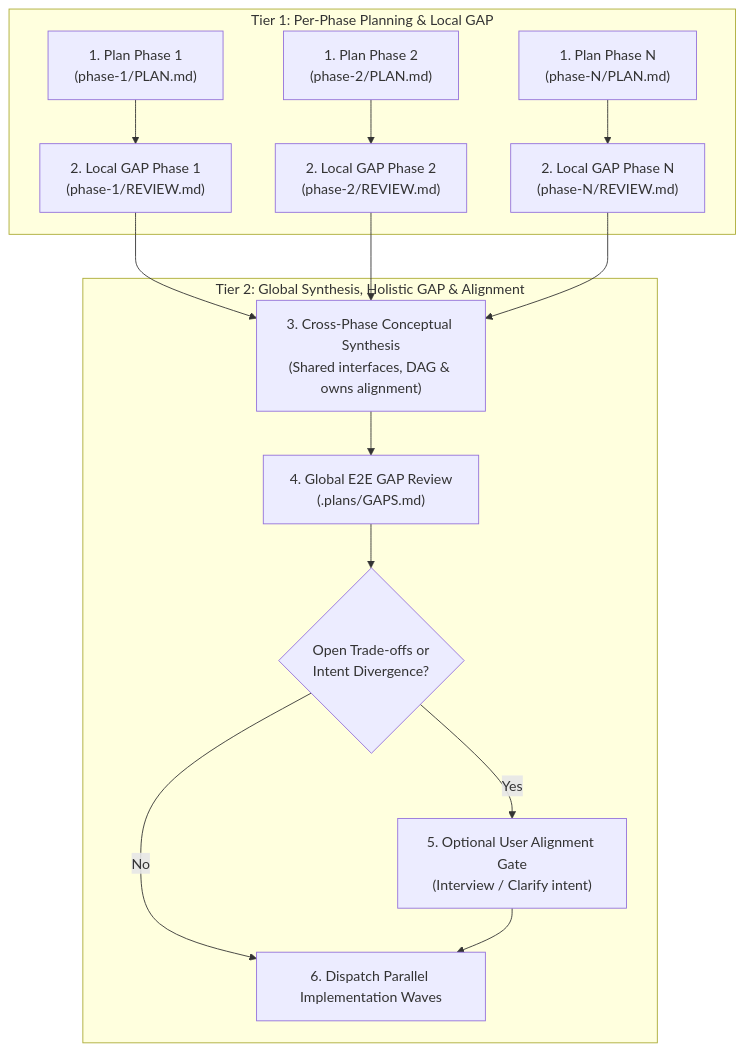
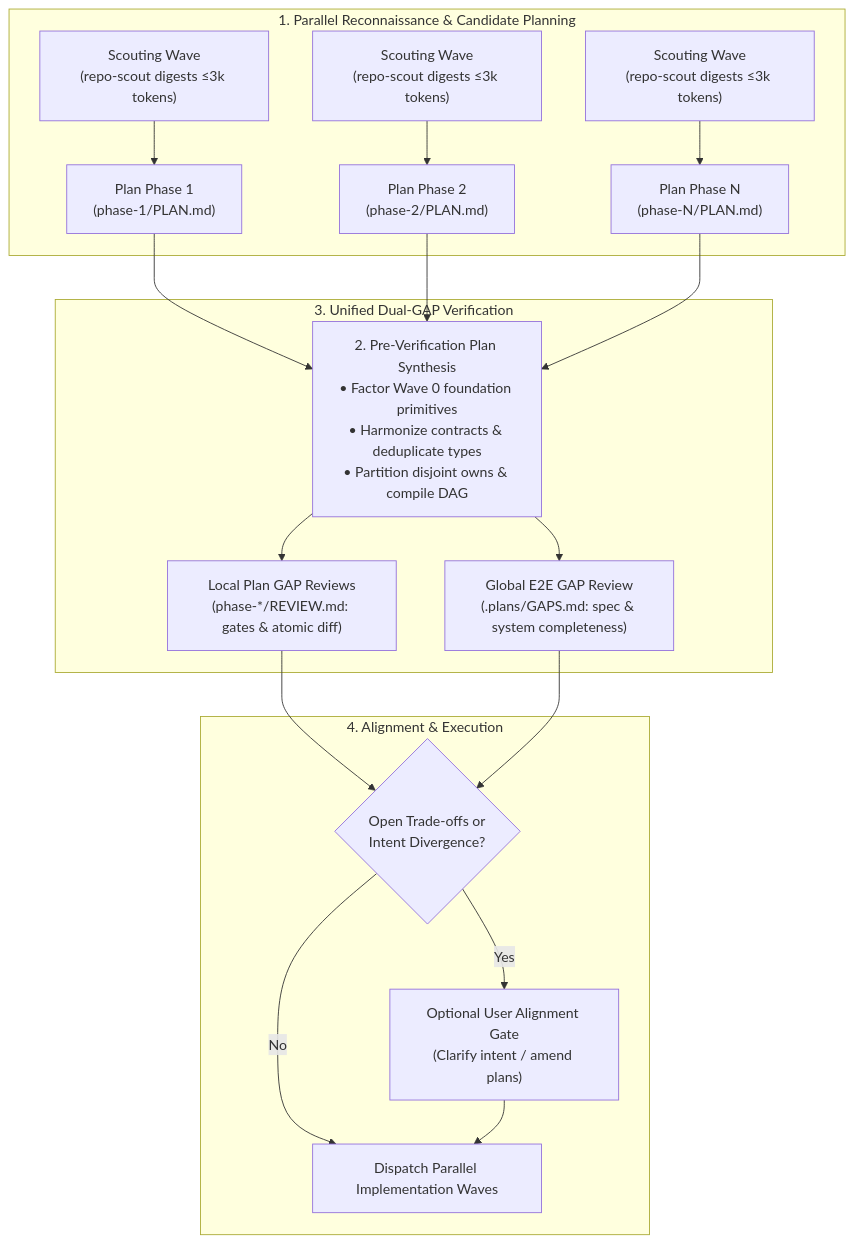
Before and after one commit to xilnick/project-constitution-protocol: the diagram in plugins/steps/procedures/e2e-gap-audit.md, drawn with Mermaid. The commit also changed other lines of this file and 59 other files, not shown here.

First line of the commit message:
feat(steps): add speculative planning, plan synthesis, living scope, and visual taxonomy

````diff
--- a/plugins/steps/procedures/e2e-gap-audit.md
+++ b/plugins/steps/procedures/e2e-gap-audit.md
@@ -19,20 +19,25 @@
 ```mermaid
 graph TD
-    subgraph "Tier 1: Per-Phase Planning & Local GAP"
-        P1["1. Plan Phase 1<br/>(phase-1/PLAN.md)"] --> G1["2. Local GAP Phase 1<br/>(phase-1/REVIEW.md)"]
-        P2["1. Plan Phase 2<br/>(phase-2/PLAN.md)"] --> G2["2. Local GAP Phase 2<br/>(phase-2/REVIEW.md)"]
-        PN["1. Plan Phase N<br/>(phase-N/PLAN.md)"] --> GN["2. Local GAP Phase N<br/>(phase-N/REVIEW.md)"]
+    subgraph "1. Parallel Reconnaissance & Candidate Planning"
+        S1["Scouting Wave<br/>(repo-scout digests ≤3k tokens)"] --> P1["Plan Phase 1<br/>(phase-1/PLAN.md)"]
+        S2["Scouting Wave<br/>(repo-scout digests ≤3k tokens)"] --> P2["Plan Phase 2<br/>(phase-2/PLAN.md)"]
+        SN["Scouting Wave<br/>(repo-scout digests ≤3k tokens)"] --> PN["Plan Phase N<br/>(phase-N/PLAN.md)"]
     end
 
-    G1 --> CrossPlan["3. Cross-Phase Conceptual Synthesis<br/>(Shared interfaces, DAG & owns alignment)"]
-    G2 --> CrossPlan
-    GN --> CrossPlan
+    P1 --> CrossPlan["2. Pre-Verification Plan Synthesis<br/>• Factor Wave 0 foundation primitives<br/>• Harmonize contracts & deduplicate types<br/>• Partition disjoint owns & compile DAG"]
+    P2 --> CrossPlan
+    PN --> CrossPlan
 
-    subgraph "Tier 2: Global Synthesis, Holistic GAP & Alignment"
-        CrossPlan --> GlobalGap["4. Global E2E GAP Review<br/>(.plans/GAPS.md)"]
-        GlobalGap --> UserInterview{"Open Trade-offs or<br/>Intent Divergence?"}
-        UserInterview -- Yes --> Align["5. Optional User Alignment Gate<br/>(Interview / Clarify intent)"]
-        UserInterview -- No --> ExecWaves["6. Dispatch Parallel Implementation Waves"]
+    subgraph "3. Unified Dual-GAP Verification"
+        CrossPlan --> LocalGap["Local Plan GAP Reviews<br/>(phase-*/REVIEW.md: gates & atomic diff)"]
+        CrossPlan --> GlobalGap["Global E2E GAP Review<br/>(.plans/GAPS.md: spec & system completeness)"]
+    end
+
+    subgraph "4. Alignment & Execution"
+        LocalGap --> UserInterview{"Open Trade-offs or<br/>Intent Divergence?"}
+        GlobalGap --> UserInterview
+        UserInterview -- Yes --> Align["Optional User Alignment Gate<br/>(Clarify intent / amend plans)"]
+        UserInterview -- No --> ExecWaves["Dispatch Parallel Implementation Waves"]
         Align --> ExecWaves
     end
 ```
````
